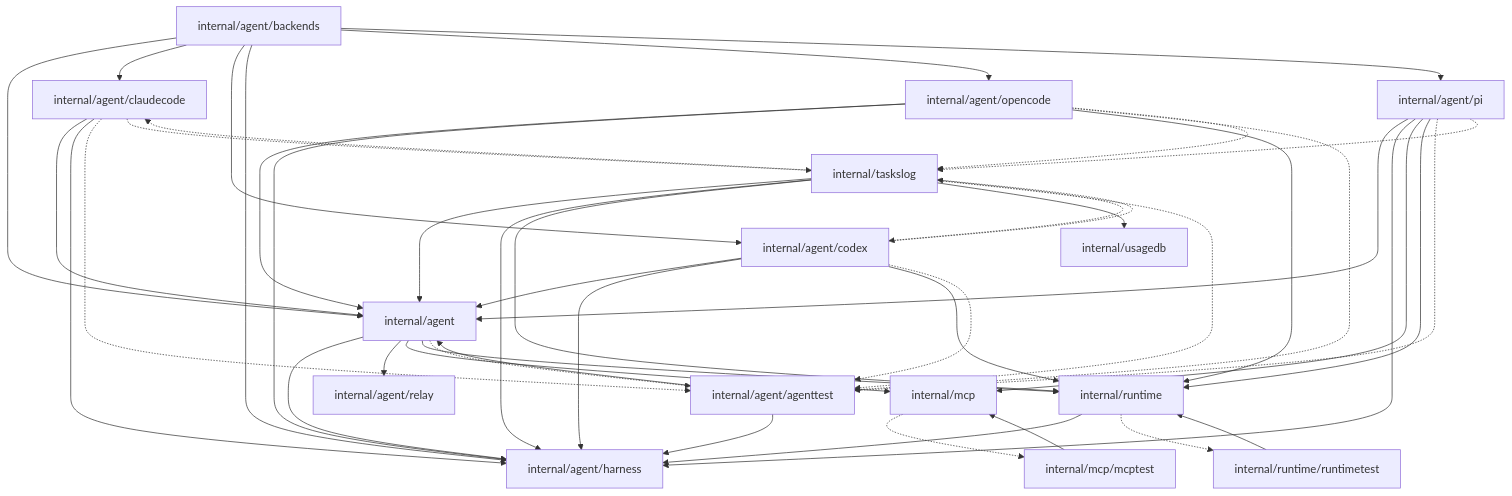
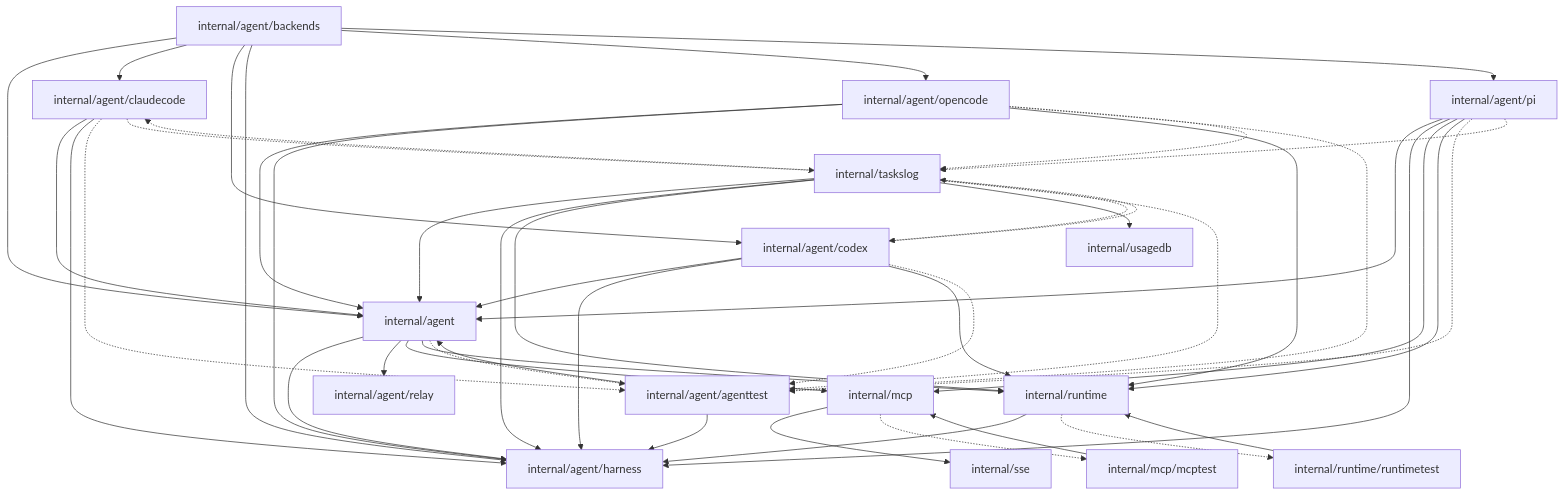
Before and after one commit to caic-xyz/caic: the second of 3 diagrams in backend/docs/ARCHITECTURE.md, drawn with Mermaid. The commit also changed other lines of this file and 9 other files, not shown here.

````diff
--- a/backend/docs/ARCHITECTURE.md
+++ b/backend/docs/ARCHITECTURE.md
@@ -234,64 +237,66 @@
 ```mermaid
 graph TD
   pkg_internal_agent["internal/agent"]
   pkg_internal_agent_agenttest["internal/agent/agenttest"]
   pkg_internal_agent_backends["internal/agent/backends"]
   pkg_internal_agent_claudecode["internal/agent/claudecode"]
   pkg_internal_agent_codex["internal/agent/codex"]
   pkg_internal_agent_harness["internal/agent/harness"]
   pkg_internal_agent_opencode["internal/agent/opencode"]
   pkg_internal_agent_pi["internal/agent/pi"]
   pkg_internal_agent_relay["internal/agent/relay"]
   pkg_internal_mcp["internal/mcp"]
   pkg_internal_mcp_mcptest["internal/mcp/mcptest"]
   pkg_internal_runtime["internal/runtime"]
   pkg_internal_runtime_runtimetest["internal/runtime/runtimetest"]
+  pkg_internal_sse["internal/sse"]
   pkg_internal_taskslog["internal/taskslog"]
   pkg_internal_usagedb["internal/usagedb"]
 
   pkg_internal_agent --> pkg_internal_agent_harness
   pkg_internal_agent --> pkg_internal_agent_relay
   pkg_internal_agent --> pkg_internal_mcp
   pkg_internal_agent --> pkg_internal_runtime
   pkg_internal_agent -.-> pkg_internal_agent_agenttest
   pkg_internal_agent_agenttest --> pkg_internal_agent
   pkg_internal_agent_agenttest --> pkg_internal_agent_harness
   pkg_internal_agent_backends --> pkg_internal_agent
   pkg_internal_agent_backends --> pkg_internal_agent_claudecode
   pkg_internal_agent_backends --> pkg_internal_agent_codex
   pkg_internal_agent_backends --> pkg_internal_agent_harness
   pkg_internal_agent_backends --> pkg_internal_agent_opencode
   pkg_internal_agent_backends --> pkg_internal_agent_pi
   pkg_internal_agent_claudecode --> pkg_internal_agent
   pkg_internal_agent_claudecode --> pkg_internal_agent_harness
   pkg_internal_agent_claudecode -.-> pkg_internal_agent_agenttest
   pkg_internal_agent_claudecode -.-> pkg_internal_taskslog
   pkg_internal_agent_codex --> pkg_internal_agent
   pkg_internal_agent_codex --> pkg_internal_agent_harness
   pkg_internal_agent_codex --> pkg_internal_runtime
   pkg_internal_agent_codex -.-> pkg_internal_agent_agenttest
   pkg_internal_agent_codex -.-> pkg_internal_taskslog
   pkg_internal_agent_opencode --> pkg_internal_agent
   pkg_internal_agent_opencode --> pkg_internal_agent_harness
   pkg_internal_agent_opencode --> pkg_internal_runtime
   pkg_internal_agent_opencode -.-> pkg_internal_agent_agenttest
   pkg_internal_agent_opencode -.-> pkg_internal_taskslog
   pkg_internal_agent_pi --> pkg_internal_agent
   pkg_internal_agent_pi --> pkg_internal_agent_harness
   pkg_internal_agent_pi --> pkg_internal_mcp
   pkg_internal_agent_pi --> pkg_internal_runtime
   pkg_internal_agent_pi -.-> pkg_internal_agent_agenttest
   pkg_internal_agent_pi -.-> pkg_internal_taskslog
+  pkg_internal_mcp --> pkg_internal_sse
   pkg_internal_mcp -.-> pkg_internal_mcp_mcptest
   pkg_internal_mcp_mcptest --> pkg_internal_mcp
   pkg_internal_runtime --> pkg_internal_agent_harness
   pkg_internal_runtime -.-> pkg_internal_runtime_runtimetest
   pkg_internal_runtime_runtimetest --> pkg_internal_runtime
   pkg_internal_taskslog --> pkg_internal_agent
   pkg_internal_taskslog --> pkg_internal_agent_harness
   pkg_internal_taskslog --> pkg_internal_runtime
   pkg_internal_taskslog --> pkg_internal_usagedb
   pkg_internal_taskslog -.-> pkg_internal_agent_agenttest
   pkg_internal_taskslog -.-> pkg_internal_agent_claudecode
   pkg_internal_taskslog -.-> pkg_internal_agent_codex
 ```
````
